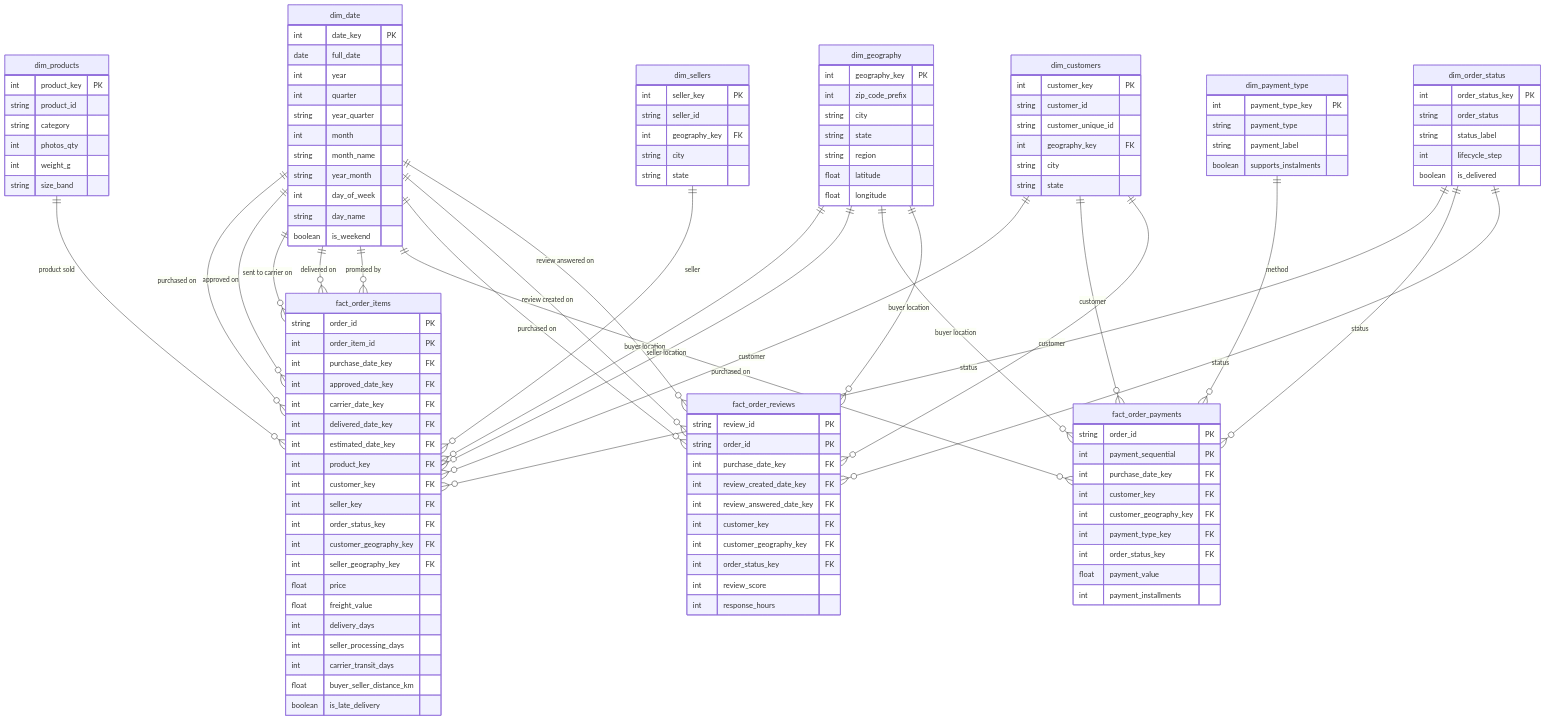
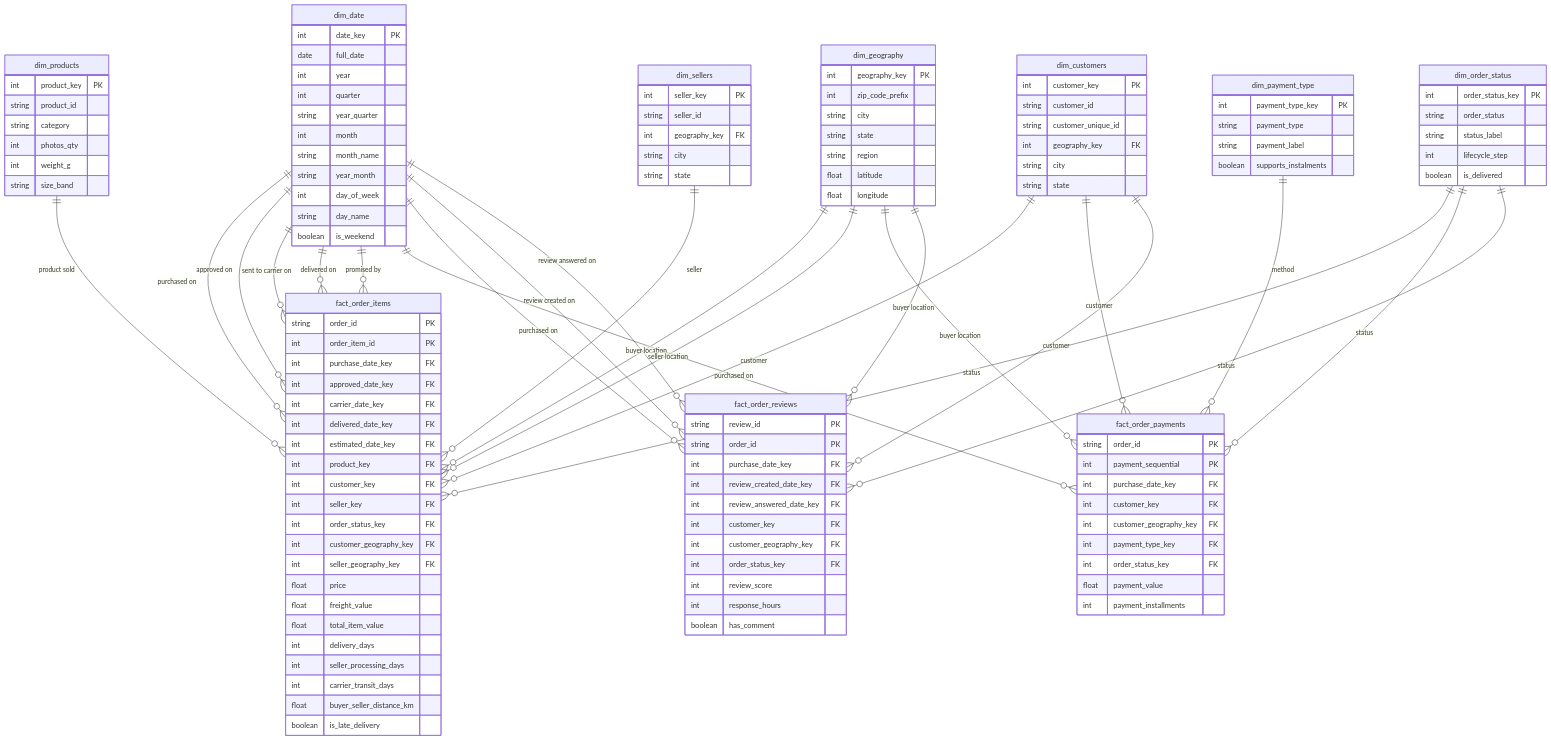
Before and after one commit to chawanakorn-phet/Mini_project: the second of 2 diagrams in README.md, drawn with Mermaid. The commit also changed 1 other file, not shown here.

Commit message:
แก้ schema diagram ใน README ให้ตรงกับ star_schema.drawio และอัปเดต dashboard

```diff
--- a/README.md
+++ b/README.md
@@ -295,6 +295,7 @@
         int seller_geography_key FK
         float price
         float freight_value
+        float total_item_value
         int delivery_days
         int seller_processing_days
         int carrier_transit_days
@@ -323,6 +324,7 @@
         int order_status_key FK
         int review_score
         int response_hours
+        boolean has_comment
     }
 
     dim_date       ||--o{ fact_order_items    : "purchased on"
```
